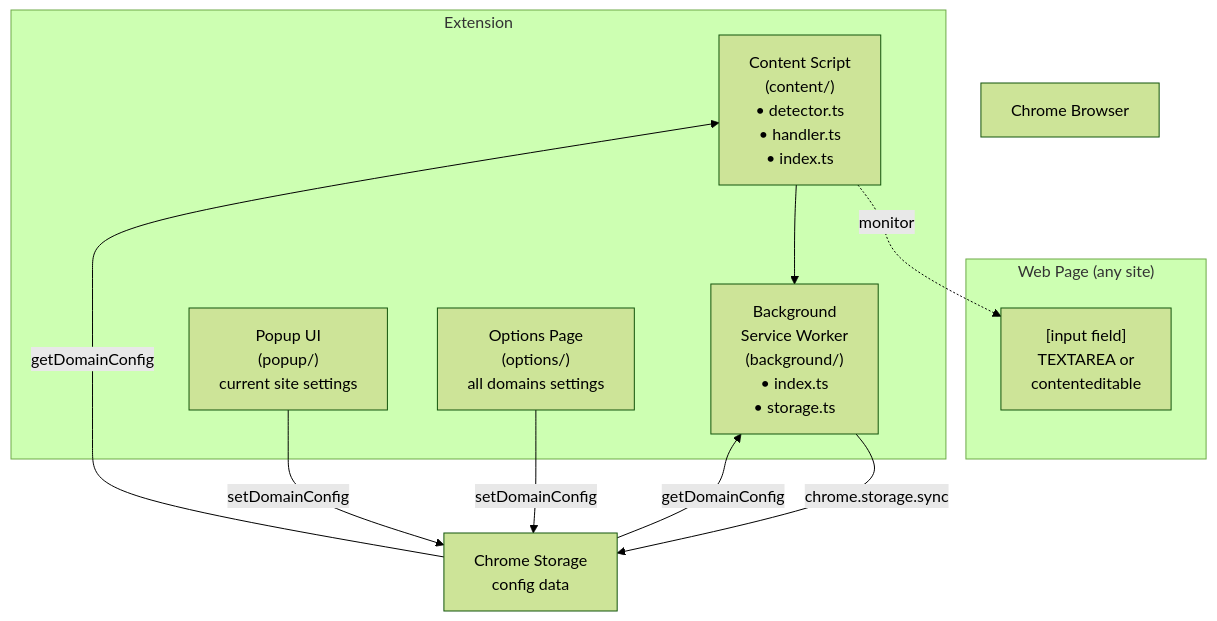
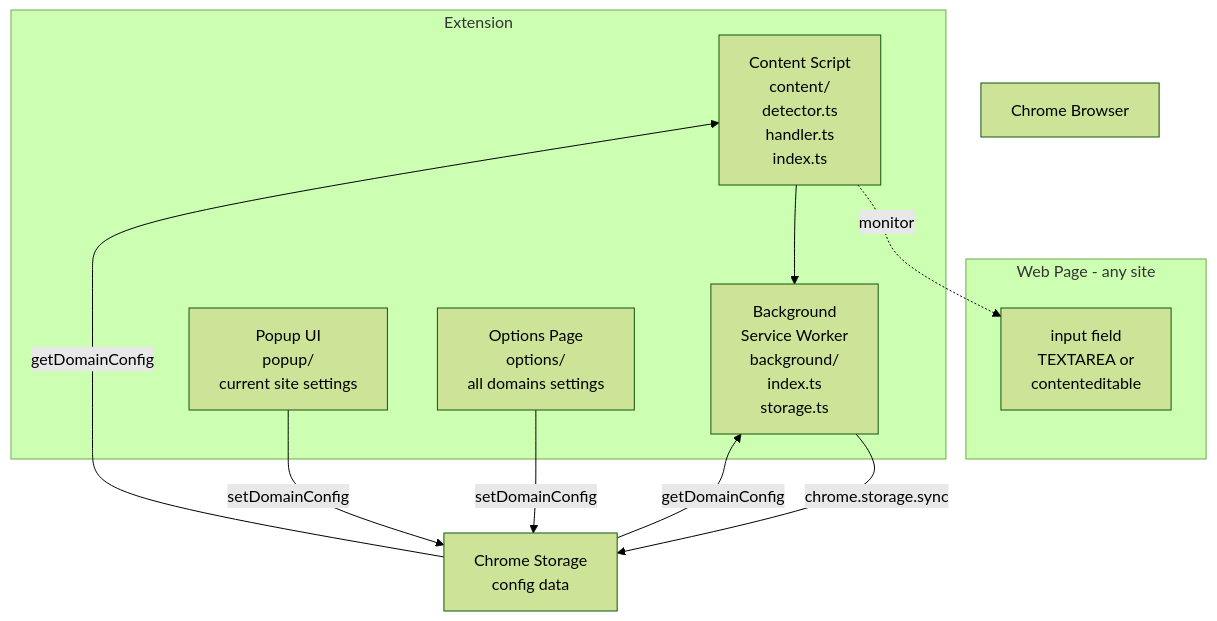
One commit to kimura512/ctrlEnterSenderA changed the first of 7 diagrams in CODE_EXPLANATION.md. Above: the diagram before and after it, drawn with Mermaid (forest theme). The commit also changed 1 other file, not shown here.

Commit message:
Fix Mermaid: remove parentheses and brackets from node labels for GitHub compatibility

````diff
--- a/CODE_EXPLANATION.md
+++ b/CODE_EXPLANATION.md
@@ -18,25 +18,25 @@
 ```mermaid
 graph TB
     Browser[Chrome Browser]
     
-    subgraph WebPage["Web Page (any site)"]
-        InputField["[input field]<br>TEXTAREA or<br>contenteditable"]
+    subgraph WebPage["Web Page - any site"]
+        InputField["input field<br>TEXTAREA or<br>contenteditable"]
     end
     
     subgraph Extension["Extension"]
-        ContentScript["Content Script<br>(content/)<br>• detector.ts<br>• handler.ts<br>• index.ts"]
-        Background["Background<br>Service Worker<br>(background/)<br>• index.ts<br>• storage.ts"]
-        PopupUI["Popup UI<br>(popup/)<br>current site settings"]
-        OptionsPage["Options Page<br>(options/)<br>all domains settings"]
+        ContentScript["Content Script<br>content/<br>detector.ts<br>handler.ts<br>index.ts"]
+        Background["Background<br>Service Worker<br>background/<br>index.ts<br>storage.ts"]
+        PopupUI["Popup UI<br>popup/<br>current site settings"]
+        OptionsPage["Options Page<br>options/<br>all domains settings"]
     end
     
     Storage["Chrome Storage<br>config data"]
     
     ContentScript -.monitor.-> InputField
     ContentScript --> Background
     Background -->|chrome.storage.sync| Storage
     PopupUI -->|setDomainConfig| Storage
     OptionsPage -->|setDomainConfig| Storage
     Storage -->|getDomainConfig| ContentScript
     Storage -->|getDomainConfig| Background
 ```
````
